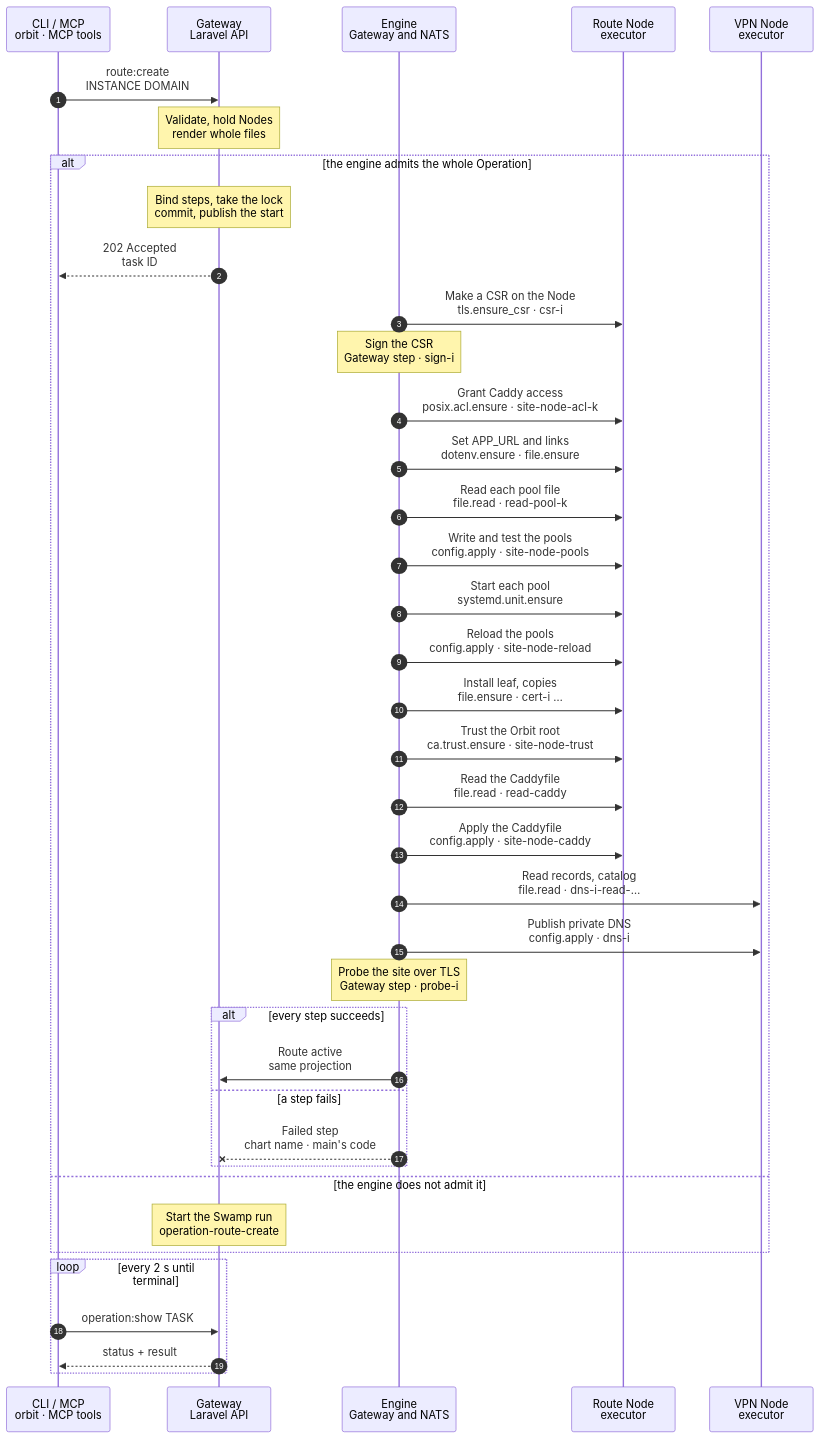
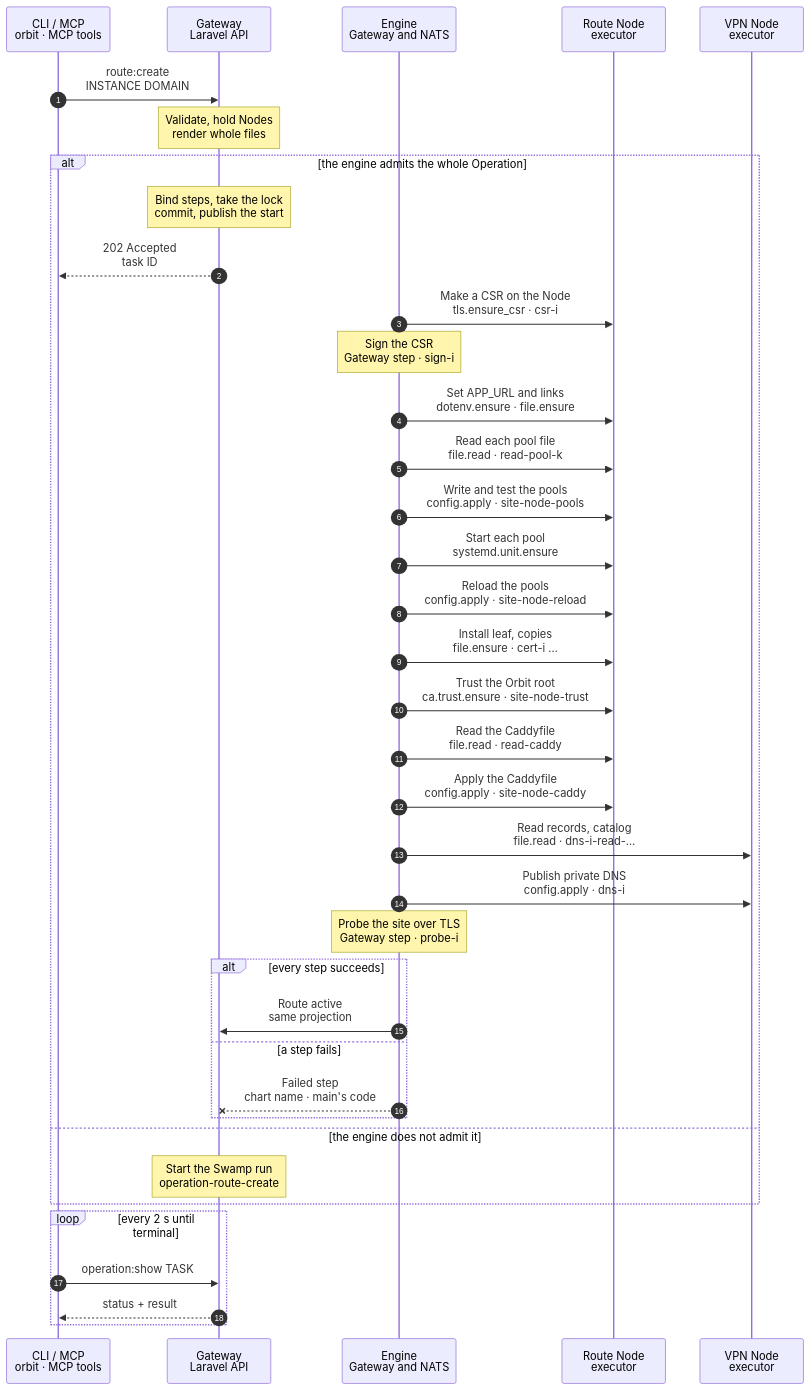
The diagram in docs/cli/route/engine/create.mmd (hardimpactdev/orbit), drawn with Mermaid before and after one commit. The commit also changed 7 other files, not shown here.

First line of the commit message:
ORB-6352: unlink before write, reload without rewrite, step recovery folders, fingerprint trust, ACL on Swamp only

```diff
--- a/docs/cli/route/engine/create.mmd
+++ b/docs/cli/route/engine/create.mmd
@@ -1,71 +1,74 @@
 sequenceDiagram
   %% route.create on the Gateway engine: the steps of route/create.mmd (workflow operation-route-create) as host catalogue primitives composed in the Gateway (RouteEngineFlow, RouteHostSteps). ADR 0271, Routes rewrite PR B (ORB-6352).
   %% Pending: Caddy's recursive access needs a tree scope for posix.acl.ensure (Nick's decision); a Route with access rows runs on Swamp until it exists.
   %% status: draft
   %% command: route:create
   %% kind: route.create
   autonumber
   %% lane CLI icon=terminal pill=caller tone=gray
   %% lane GW icon=gateway pill=intent tone=blue
   %% lane EN icon=workflow pill=engine tone=purple
   %% lane N icon=server pill=executor tone=amber
   %% lane V icon=server pill=executor tone=green
   participant CLI as CLI / MCP<br/>orbit · MCP tools
   participant GW as Gateway<br/>Laravel API
   participant EN as Engine<br/>Gateway and NATS
   participant N as Route Node<br/>executor
   participant V as VPN Node<br/>executor
   CLI->>GW: route:create<br/>INSTANCE DOMAIN
   Note over GW: Validate, hold Nodes<br/>render whole files
-  %%> Same guards, holds and admitted plan as route/create.mmd (`route_create`, NativeRouteCreatePlan)
-  %%> The plan also carries each Node's account group and home (`accounts`); pools are rendered with the group's name, as Swamp writes them
+  %%> Same guards and admitted plan as route/create.mmd (`route_create`, NativeRouteCreatePlan)
+  %%> The publication hold covers every Node of the plan: site and leaf Nodes and each VPN Node with DNS work, from the reads to the guarded writes, also after an admission wait (RoutePublicationHolds)
+  %%> The account's observed home and primary group (`accounts.<node>`): the Gateway records neither today, so a Route whose steps need them runs on Swamp; pools are rendered with the group's name
   alt the engine admits the whole Operation
     %%> Admission, one decision per Operation (EngineKinds::routes):
     %%> - `route.create` is in `ORBIT_ENGINE_KINDS`, and every Node a step touches reports each step's primitive in `$KV.NODES` (the `host` family from agent 0.36.0), with `tls.csr_input` on the leaf Node; every build with the host family has file.ensure `source_path`, so the key copy needs no feature
     %%> - the flow accepts the plan shape; an Ingress edge, a LAN rule, a production `.env`, awake markers, Caddy access rows, or a pool outside the two pool kinds throws `EngineUnsupported`
     %%> - the kind's own admission (RouteEngineFlow::admit) also refuses a Route with Caddy access rows, and a Node with work that lacks one host primitive, or a leaf Node that lacks `tls.csr_input`
+    %%> - production never moves: a site or leaf Node that is not an app-dev Node (app-prod, unclassified, no role), a DNS Node without the vpn role, a target Instance outside development, or an intent with a production placement or `production_control` keeps the whole Operation on Swamp
     Note over GW: Bind steps, take the lock<br/>commit, publish the start
     GW-->>CLI: 202 Accepted<br/>task ID
     EN->>N: Make a CSR on the Node<br/>tls.ensure_csr · csr-i
     %%> The Gateway sends the folder, its root:caddy owner, modes 0750 and 0640, and the subject; the key never leaves the Node
     Note over EN: Sign the CSR<br/>Gateway step · sign-i
     %%> As `operation:direct:certificate-sign`; a pending cancel refuses
-    EN->>N: Grant Caddy access<br/>posix.acl.ensure · site-node-acl-k
-    %%> Pending Nick's decision on a tree scope (RouteHostSteps::access): each admitted row is recursive over a checkout or its served roots, and posix.acl.ensure acts on one path
     EN->>N: Set APP_URL and links<br/>dotenv.ensure · file.ensure
     %%> `site-node-url-k`: the last `APP_URL=` line of an existing `.env` that the account owns, replaced or appended; `site-node-link-k`: a release link owned by its account
     EN->>N: Read each pool file<br/>file.read · read-pool-k
     %%> One path, read only: absent, or present with its type, owner, mode and, for a regular file, its SHA-256; never its content. The step records the answer
     EN->>N: Write and test the pools<br/>config.apply · site-node-pools
     %%> Under `/etc/caddy/.orbit-publish.lock`: each pool rendered whole with the account's group and home, root:root 0644, with the digest its read recorded as `from_sha256` (none when absent); `php-fpm` validators from the fixed list; a failed test restores the files
     EN->>N: Start each pool<br/>systemd.unit.ensure
     EN->>N: Reload the pools<br/>config.apply · site-node-reload
-    %%> The same files and validators, then each pool unit reloads on every run, as route.publish_site did
+    %%> The same files with the digest of the bytes the install left as their guard, so it writes nothing and refuses a change made since; validators, then each pool unit reloads on every run, as route.publish_site did
     EN->>N: Install leaf, copies<br/>file.ensure · cert-i …
     %%> `cert-i`: the signed leaf, root:caddy 0644; `current-i`: the version link; `folder-i`: the account copy's folder, root 0755 as `install -D` made it; `key-i`: the key copied on the Node (`source_path`), account 0600; `copy-i`: the leaf, account 0600; `copylink-i`: the account's version link
     EN->>N: Trust the Orbit root<br/>ca.trust.ensure · site-node-trust
+    %%> Named after the root's fingerprint (`orbit-managed-root-ca-<16 hex>.crt`), so a new root gets its own name and hash link; an old root stays until the Gateway knows it (follow-up)
     %%> `orbit-managed-root-ca.crt`, root:root 0644; the plain `update-ca-certificates` runs after a change
     EN->>N: Read the Caddyfile<br/>file.read · read-caddy
     EN->>N: Apply the Caddyfile<br/>config.apply · site-node-caddy
     %%> Under `/etc/caddy/.orbit-publish.lock`: the whole Caddyfile, root:caddy 0640, with the digest its read recorded; validated as `caddy`; Caddy reloads on every run; a failed validation or reload restores the file
     EN->>V: Read records, catalog<br/>file.read · dns-i-read-…
     EN->>V: Publish private DNS<br/>config.apply · dns-i
     %%> Beside the sites, after the signatures. Under `/run/lock/orbit-dnsmasq.lock`: records and catalog, root:root 0644, each with the digest its read recorded; the `dnsmasq` validator over `/etc/dnsmasq.conf` and `/etc/dnsmasq.d`; dnsmasq and the private DNS listener restart on every run
     Note over EN: Probe the site over TLS<br/>Gateway step · probe-i
     %%> After each Node's last site step: a TLS handshake by WireGuard address, trusting only the Orbit root
-    %%> Every config.apply input comes from the admitted plan and the recorded reads, so a resend carries the same bytes, the order's identity; its `recovery_dir` is `/var/lib/orbit/executor/config-recovery` on every Node
+    %%> A read that finds a link in a file's place runs that file's unlink step (`file.ensure` absent, never following it), and the write then sends no guard; for any other read the unlink step is done without an order (EngineSkip)
+    %%> Every config.apply input comes from the admitted plan and the recorded reads, so a resend carries the same bytes, the order's identity; each step has its own `recovery_dir` under `/var/lib/orbit/executor/config-recovery` (`pool-install`, `pool-reload`, `caddy`, `dns`)
     %%> The writes overwrite whatever the Node held at the read, as main's route.create did: a pool with a numeric gid or a catalog in another key order is replaced; the guard refuses `owned_revision_conflict` only when a file changed between its read and its write, under the Node publication hold and the lock
     alt every step succeeds
       EN->>GW: Route active<br/>same projection
     else a step fails
       EN--xGW: Failed step<br/>chart name · main's code
-      %%> A Node's site steps record `Install cert, publish site-<node>` with `route.input_invalid`, `route.content_missing` or `route.publish_failed`; `dns-i` records `Publish private DNS-i` with its `dns.*` code; a guard refusal is `owned_revision_conflict`
+      %%> A Node's site steps record `Install cert, publish site-<node>` with `route.publish_failed`; `dns-i` records `Publish private DNS-i` with `private_dns.publication_failed`, main's codes; a guard refusal keeps `owned_revision_conflict`
     end
   else the engine does not admit it
     Note over GW: Start the Swamp run<br/>operation-route-create
     %%> No step runs on the engine; an Operation never splits across engines
+    %%> A Route with Caddy access rows runs here: its recursive access (a deny over the checkout, a grant over the served roots, default entries on every folder below) stays with Swamp until posix.acl.ensure takes a tree scope (Nick's decision); PR D keeps the old actions until then
   end
   loop every 2 s until terminal
     CLI->>GW: operation:show TASK
     GW-->>CLI: status + result
   end
```
